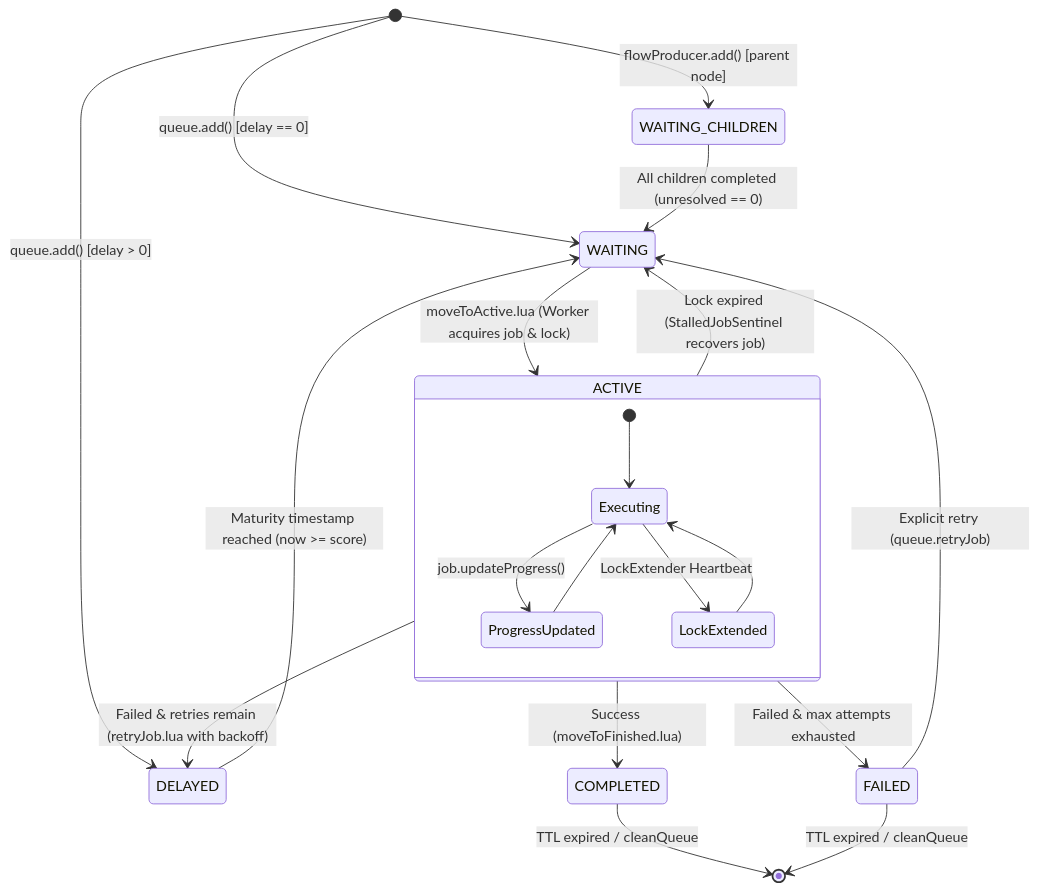
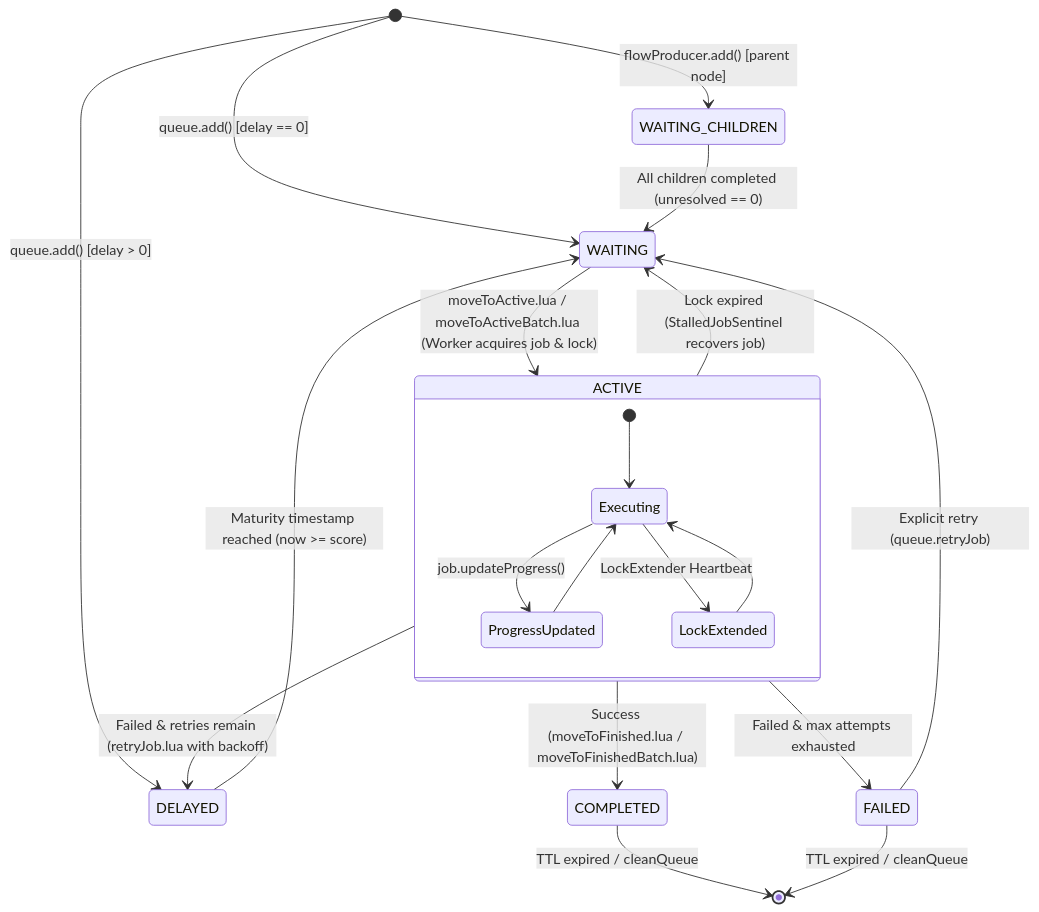
One commit to gaurav10610/oxmq changed the second of 6 diagrams in docs/ARCHITECTURE.md. Above: the diagram before and after it, drawn with Mermaid. The commit also changed other lines of this file and 3 other files, not shown here.

First line of the commit message:
docs: ground documentation, optimize for SEO, and update architecture/roadmap

````diff
--- a/docs/ARCHITECTURE.md
+++ b/docs/ARCHITECTURE.md
@@ -69,29 +74,29 @@
 ```mermaid
 stateDiagram-v2
     [*] --> WAITING: queue.add() [delay == 0]
     [*] --> DELAYED: queue.add() [delay > 0]
     [*] --> WAITING_CHILDREN: flowProducer.add() [parent node]
 
     DELAYED --> WAITING: Maturity timestamp reached (now >= score)
     WAITING_CHILDREN --> WAITING: All children completed (unresolved == 0)
 
-    WAITING --> ACTIVE: moveToActive.lua (Worker acquires job & lock)
+    WAITING --> ACTIVE: moveToActive.lua / moveToActiveBatch.lua (Worker acquires job & lock)
     
     state ACTIVE {
         [*] --> Executing
         Executing --> ProgressUpdated: job.updateProgress()
         ProgressUpdated --> Executing
         Executing --> LockExtended: LockExtender Heartbeat
         LockExtended --> Executing
     }
 
-    ACTIVE --> COMPLETED: Success (moveToFinished.lua)
+    ACTIVE --> COMPLETED: Success (moveToFinished.lua / moveToFinishedBatch.lua)
     ACTIVE --> DELAYED: Failed & retries remain (retryJob.lua with backoff)
     ACTIVE --> FAILED: Failed & max attempts exhausted
     ACTIVE --> WAITING: Lock expired (StalledJobSentinel recovers job)
 
     FAILED --> WAITING: Explicit retry (queue.retryJob)
     
     COMPLETED --> [*]: TTL expired / cleanQueue
     FAILED --> [*]: TTL expired / cleanQueue
 ```
````
